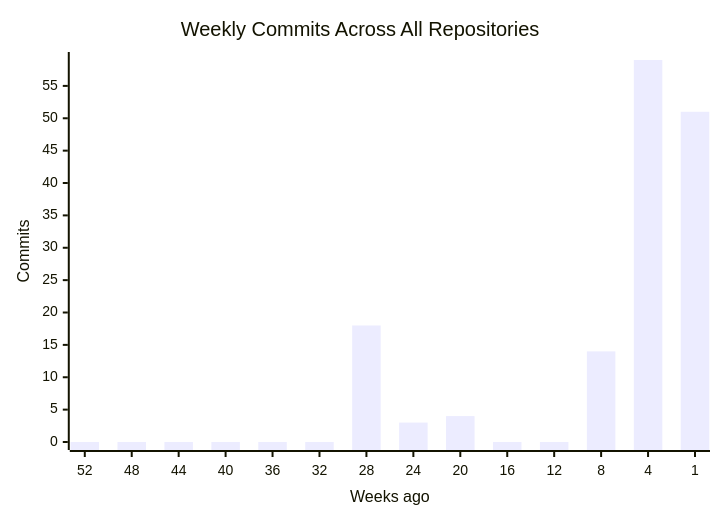
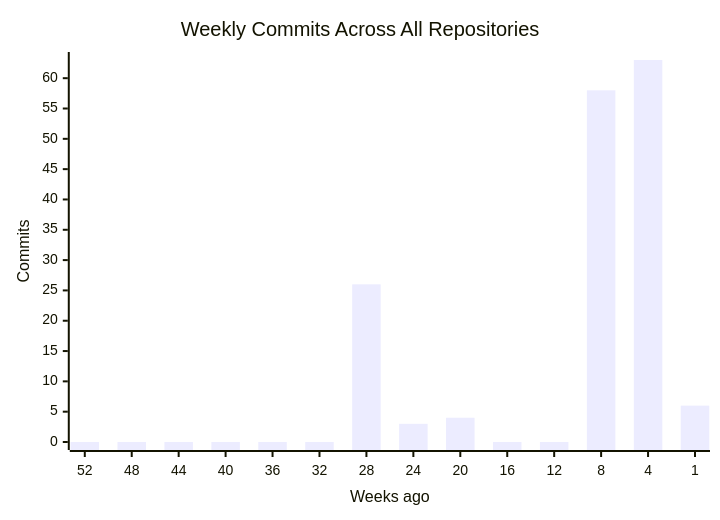
Before and after one commit to CSTH-Projects/.github: the first of 4 diagrams in profile/README.md, drawn with Mermaid. The commit also changed other lines of this file, not shown here.

````diff
--- a/profile/README.md
+++ b/profile/README.md
@@ -16,7 +16,7 @@
 ```mermaid
 xychart-beta
     title "Weekly Commits Across All Repositories"
     x-axis "Weeks ago" [52, 48, 44, 40, 36, 32, 28, 24, 20, 16, 12, 8, 4, 1]
     y-axis "Commits"
-    bar [0, 0, 0, 0, 0, 0, 18, 3, 4, 0, 0, 14, 59, 51]
+    bar [0, 0, 0, 0, 0, 0, 26, 3, 4, 0, 0, 58, 63, 6]
 ```
````
